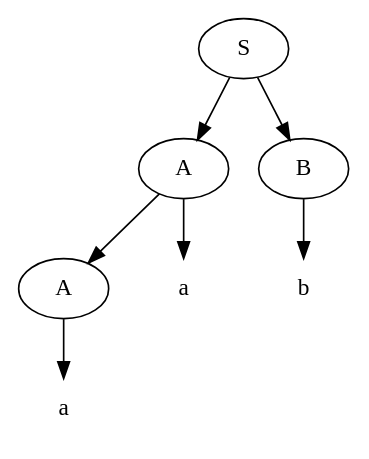
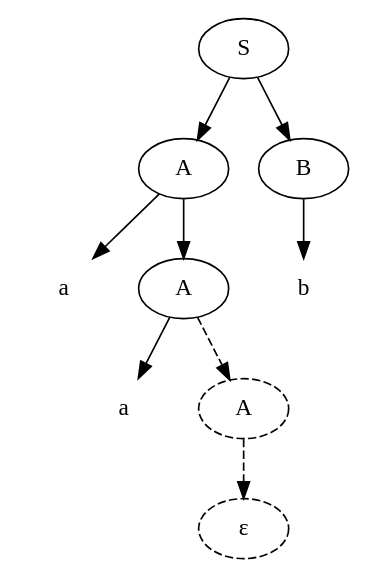
The first of 2 diagrams in notes/2--Formal-languages.org (armkeh/principles-of-programming-languages), drawn with Graphviz before and after one commit. The commit also changed other lines of this file and 7 other files, not shown here.

```diff
--- a/notes/2--Formal-languages.org
+++ b/notes/2--Formal-languages.org
@@ -328,16 +344,23 @@
 #+begin_src dot :file media/parse-tree-example-aab.png
 digraph T {
   S  [label="S"]
   A1 [label="A"]
   A2 [label="A"]
+  A3 [label="A", style=dashed]
   B  [label="B"]
 
   a1 [label="a", shape=plaintext]
   a2 [label="a", shape=plaintext]
   b  [label="b", shape=plaintext]
-
+  eps [label="ε", style=dashed]
+  
   S -> A1 -> a1
+  { rank=same; a1 -> A2 [style=invis] }
        A1 -> A2 -> a2
+  { rank=same; a2 -> A3 [style=invis] }
+       A2 -> A3 [style=dashed]
+       A3 -> eps [style=dashed]
+  
   S -> B  -> b
 }
 #+end_src
```
